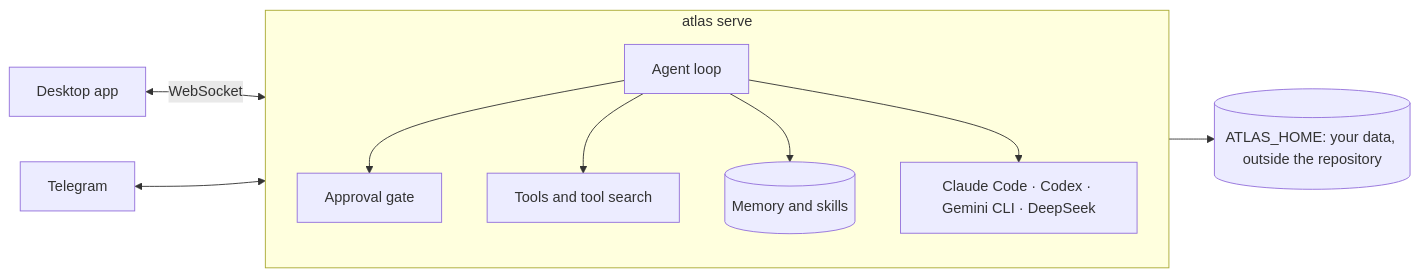
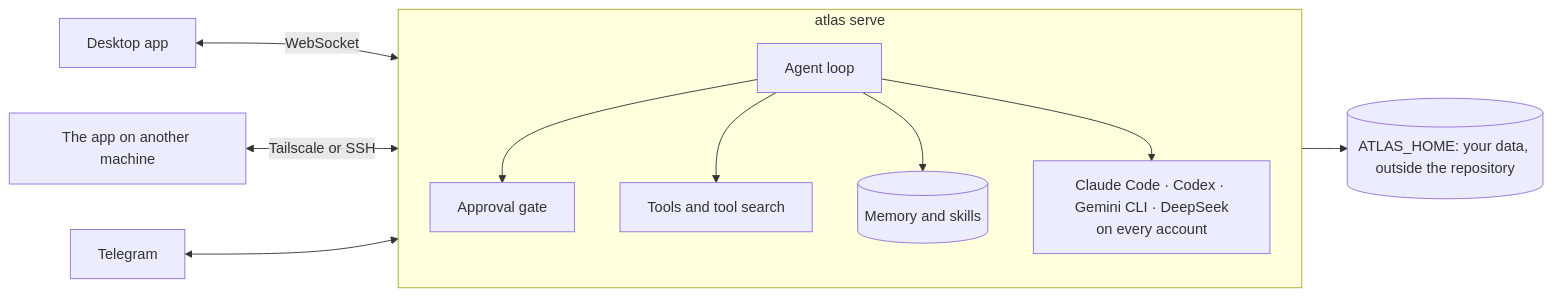
One commit to AlexandreLPA/atlas changed the diagram in README.md. Above: the diagram before and after it, drawn with Mermaid. The commit also changed other lines of this file and 3 other files, not shown here.

First line of the commit message:
The README leads with the executors and the machines: every account, routes per session, one app for every machine

````diff
--- a/README.md
+++ b/README.md
@@ -107,12 +164,13 @@
 ```mermaid
 flowchart LR
     App[Desktop app] <-->|WebSocket| Server
+    Laptop[The app on another machine] <-->|Tailscale or SSH| Server
     Telegram <--> Server
     subgraph Server[atlas serve]
         Loop[Agent loop] --> Gate[Approval gate]
         Loop --> Tools[Tools and tool search]
         Loop --> Memory[(Memory and skills)]
-        Loop --> Executors[Claude Code · Codex · Gemini CLI · DeepSeek]
+        Loop --> Executors[Claude Code · Codex · Gemini CLI · DeepSeek<br>on every account]
     end
     Server --> Home[(ATLAS_HOME: your data, outside the repository)]
 ```
````
